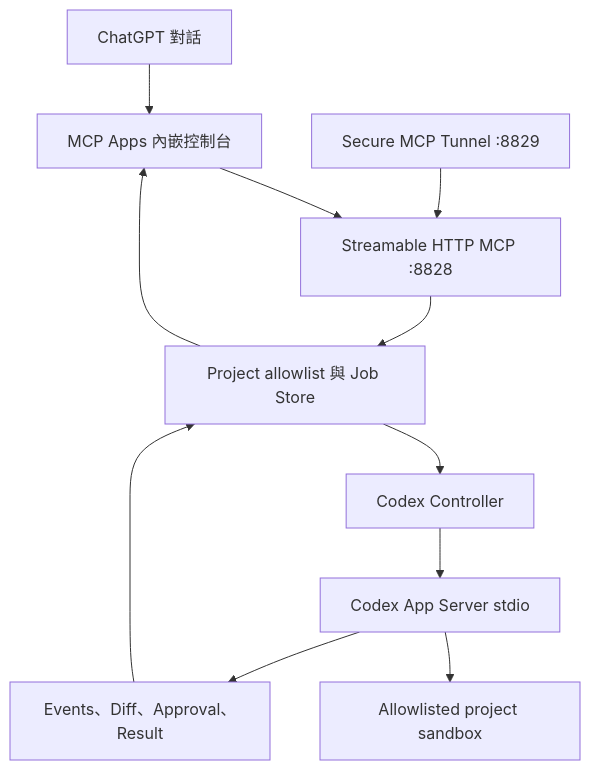
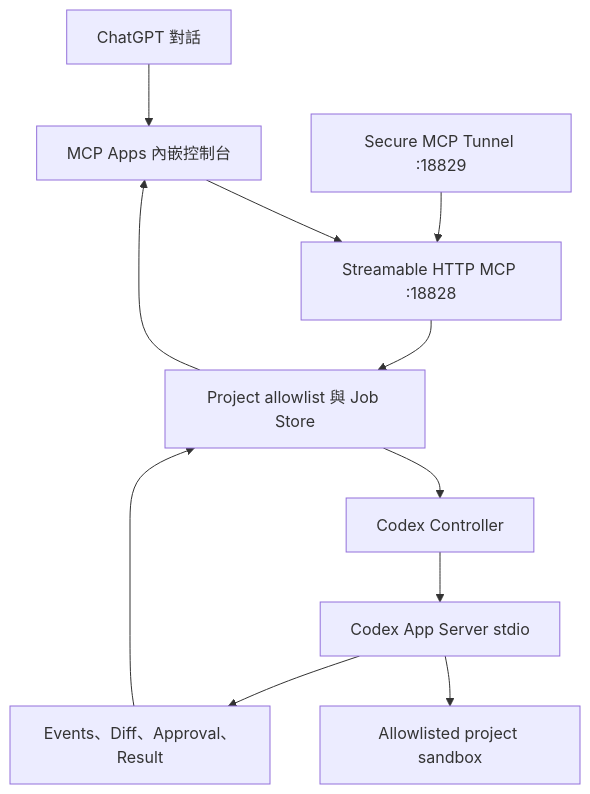
The diagram in codex_bridge/README.md (lulu930128/GPT_MCPtool), drawn with Mermaid before and after one commit. The commit also changed other lines of this file and 213 other files, not shown here.

````diff
--- a/codex_bridge/README.md
+++ b/codex_bridge/README.md
@@ -47,13 +49,13 @@
 ```mermaid
 flowchart TD
     A["ChatGPT 對話"] --> B["MCP Apps 內嵌控制台"]
-    B --> C["Streamable HTTP MCP :8828"]
+    B --> C["Streamable HTTP MCP :18828"]
     C --> D["Project allowlist 與 Job Store"]
     D --> E["Codex Controller"]
     E --> F["Codex App Server stdio"]
     F --> G["Allowlisted project sandbox"]
     F --> H["Events、Diff、Approval、Result"]
     H --> D
     D --> B
-    I["Secure MCP Tunnel :8829"] --> C
+    I["Secure MCP Tunnel :18829"] --> C
 ```
````
